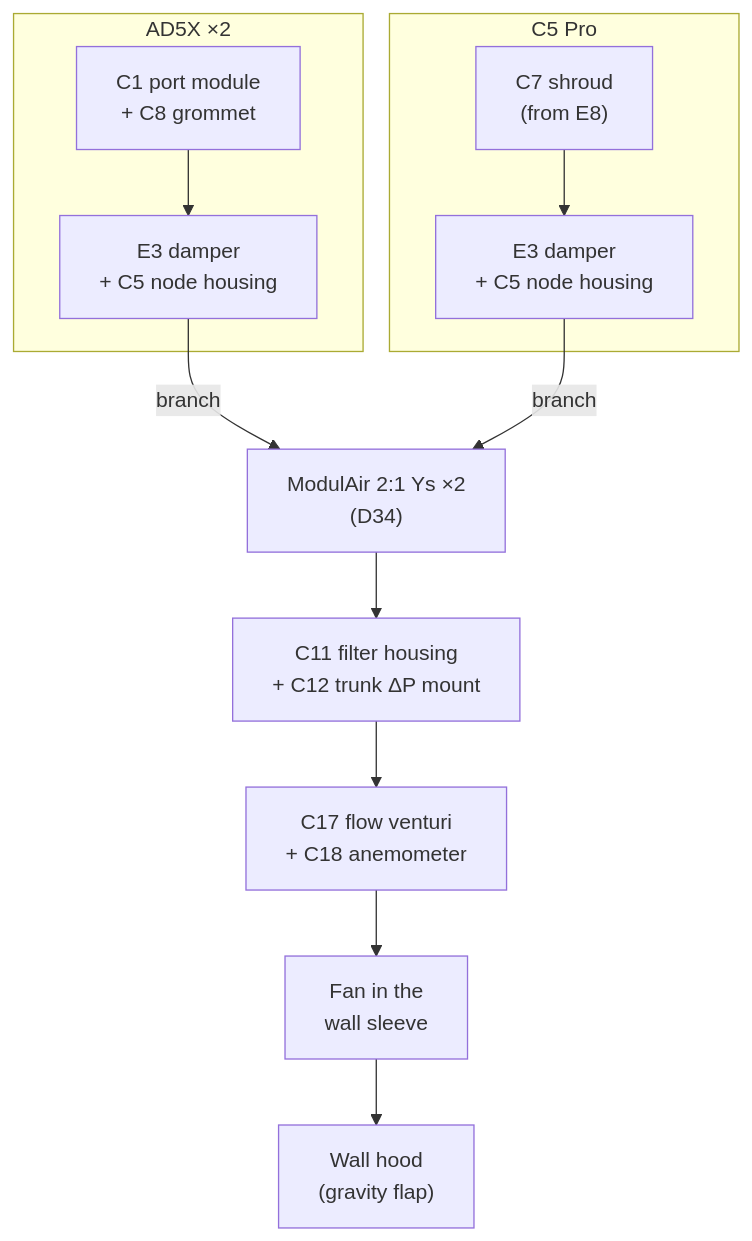
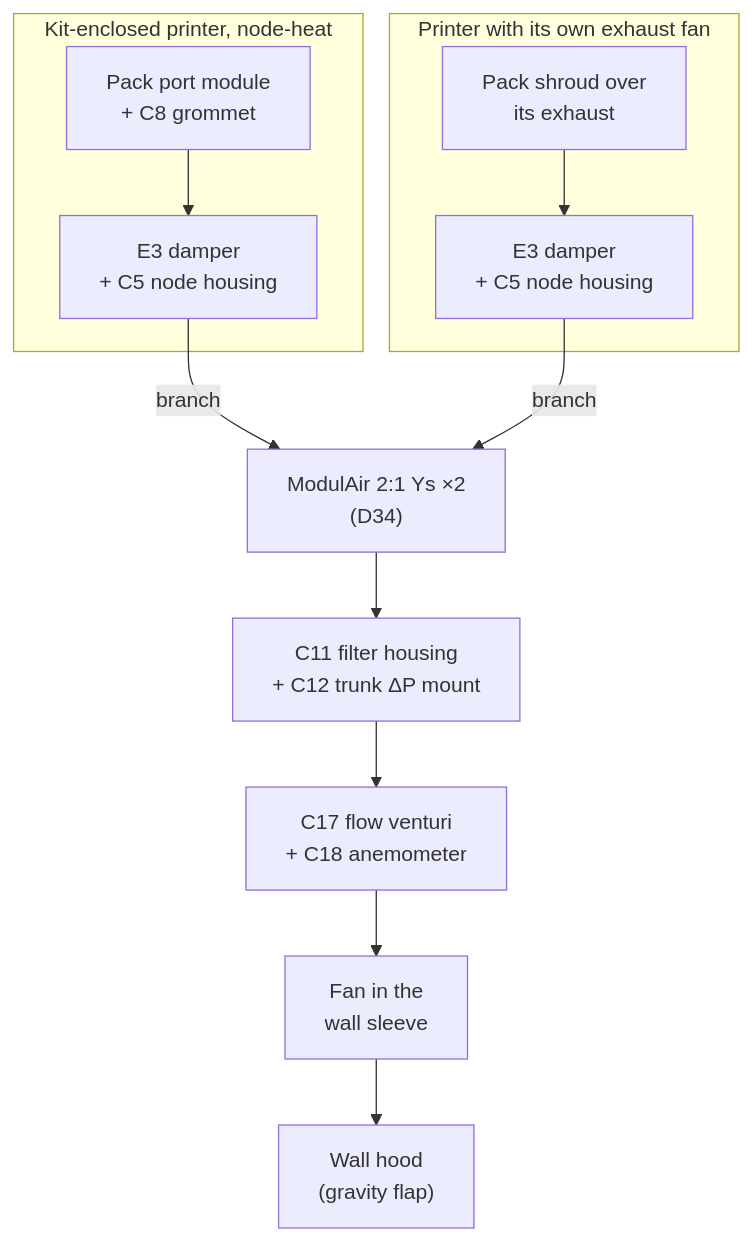
Before and after one commit to BashfulBits/3dp-fleet-exhaust: the first of 4 diagrams in docs/08_printable_catalog.md, drawn with Mermaid. The commit also changed other lines of this file and 40 other files, not shown here.

````diff
--- a/docs/08_printable_catalog.md
+++ b/docs/08_printable_catalog.md
@@ -23,15 +23,15 @@
 ```mermaid
 flowchart TB
-  subgraph ad5x["AD5X ×2"]
-    C1["C1 port module<br>+ C8 grommet"] --> E3a["E3 damper<br>+ C5 node housing"]
+  subgraph kit["Kit-enclosed printer, node-heat"]
+    C1["Pack port module<br>+ C8 grommet"] --> E3a["E3 damper<br>+ C5 node housing"]
   end
-  subgraph c5pro["C5 Pro"]
-    C7["C7 shroud<br>(from E8)"] --> E3b["E3 damper<br>+ C5 node housing"]
+  subgraph own["Printer with its own exhaust fan"]
+    C7["Pack shroud over<br>its exhaust"] --> E3b["E3 damper<br>+ C5 node housing"]
   end
   E3a -->|"branch"| C14["ModulAir 2:1 Ys ×2<br>(D34)"]
   E3b -->|"branch"| C14
   C14 --> C11["C11 filter housing<br>+ C12 trunk ΔP mount"]
   C11 --> C17["C17 flow venturi<br>+ C18 anemometer"]
   C17 --> FAN["Fan in the<br>wall sleeve"]
   FAN --> HOOD["Wall hood<br>(gravity flap)"]
 ```
````
